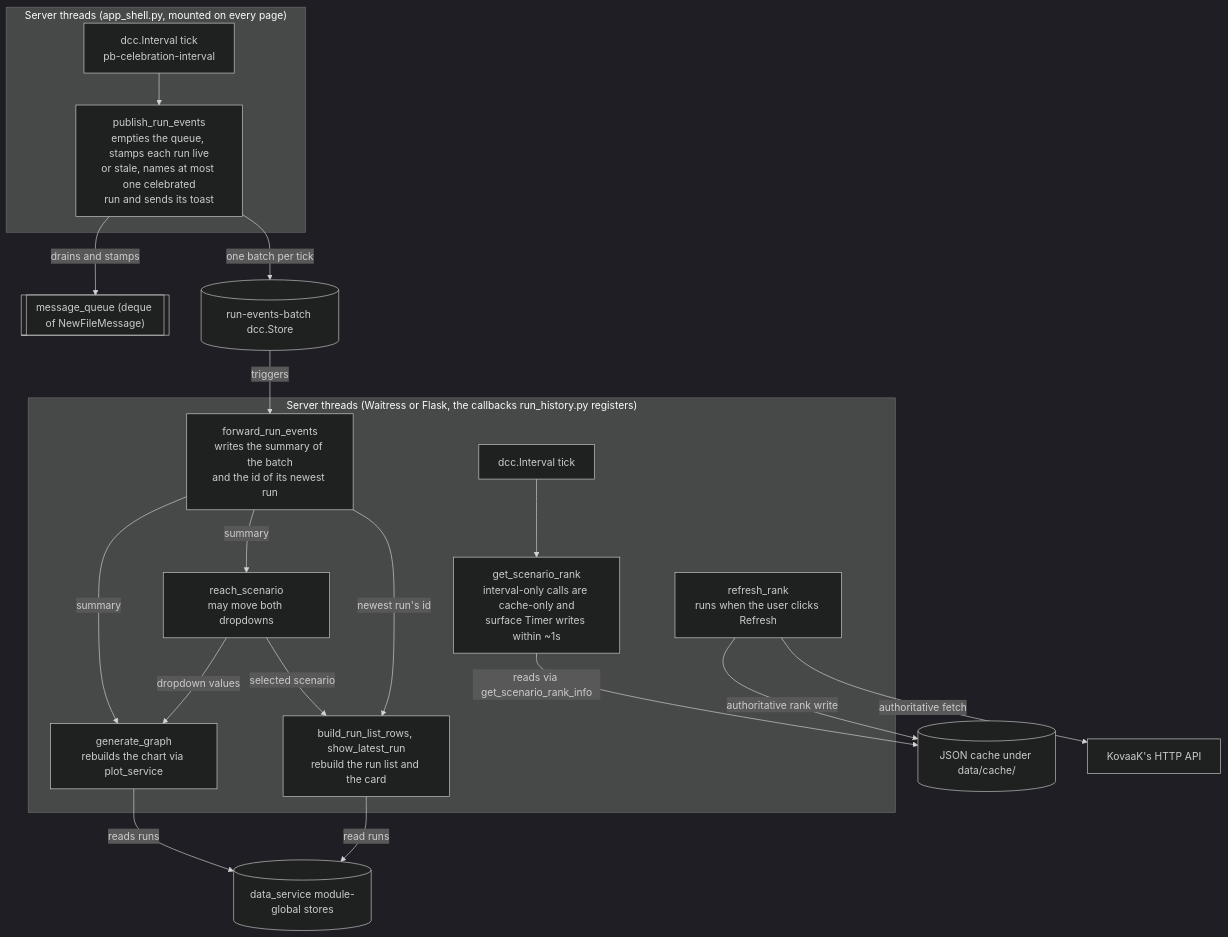
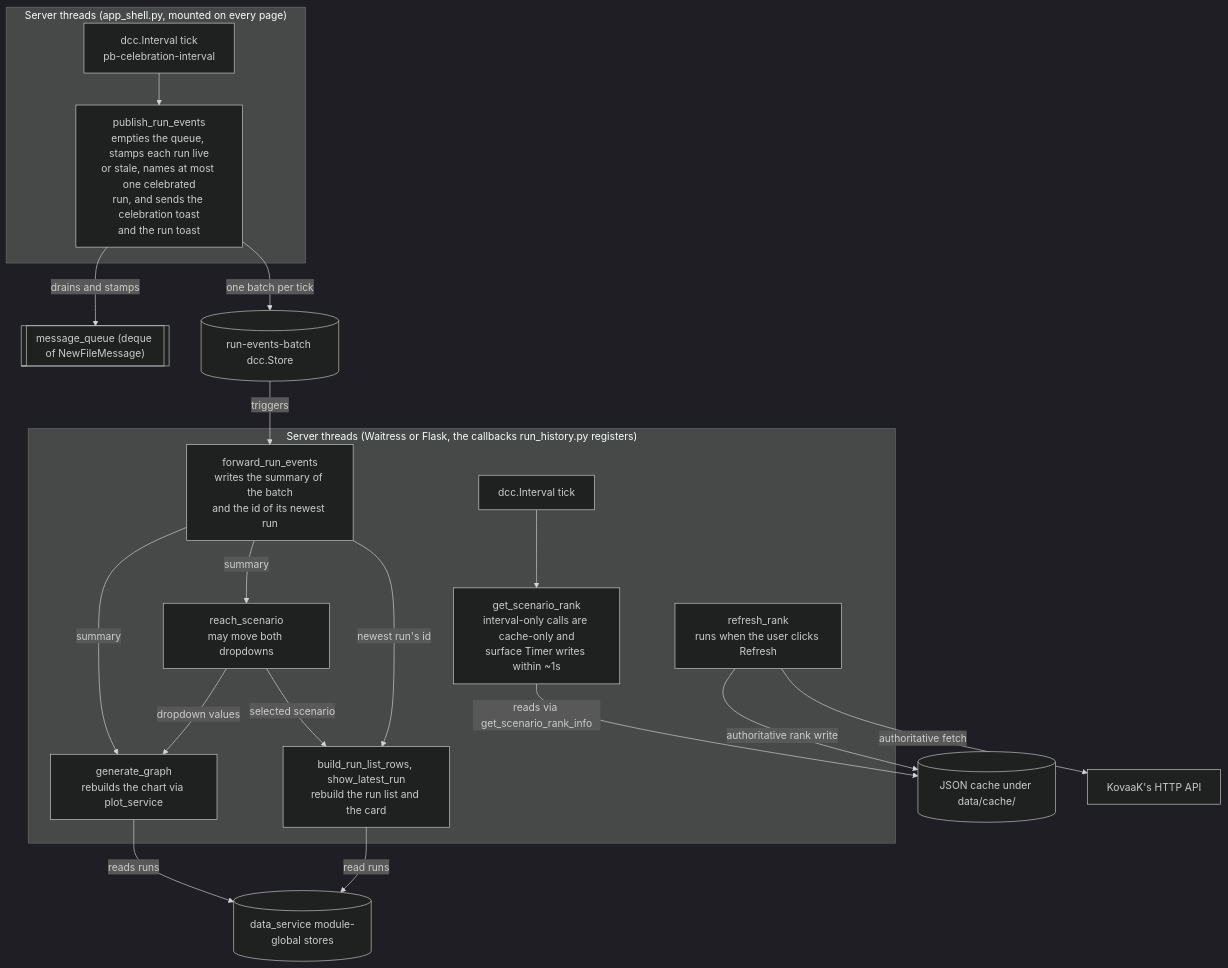
One commit to MingoDynasty/Corporate-Serf-Dashboard changed the second of 3 diagrams in docs/architecture.md. Above: the diagram before and after it, drawn with Mermaid (dark theme). The commit also changed other lines of this file and 27 other files, not shown here.

````diff
--- a/docs/architecture.md
+++ b/docs/architecture.md
@@ -74,39 +74,39 @@
 ```mermaid
 flowchart TD
     subgraph Shell["Server threads (app_shell.py, mounted on every page)"]
         ShellTick["dcc.Interval tick<br/>pb-celebration-interval"]
-        Drain["publish_run_events<br/>empties the queue, stamps each run live<br/>or stale, names at most one celebrated<br/>run and sends its toast"]
+        Drain["publish_run_events<br/>empties the queue, stamps each run live<br/>or stale, names at most one celebrated<br/>run, and sends the celebration toast<br/>and the run toast"]
         ShellTick --> Drain
     end
 
     subgraph Server["Server threads (Waitress or Flask, the callbacks run_history.py registers)"]
         Tick["dcc.Interval tick"]
         Forward["forward_run_events<br/>writes the summary of the batch<br/>and the id of its newest run"]
         Reach["reach_scenario<br/>may move both dropdowns"]
         Graph["generate_graph<br/>rebuilds the chart via plot_service"]
         Views["build_run_list_rows, show_latest_run<br/>rebuild the run list and the card"]
         Rank["get_scenario_rank<br/>interval-only calls are cache-only and<br/>surface Timer writes within ~1s"]
         Refresh["refresh_rank<br/>runs when the user clicks Refresh"]
         Forward -->|"summary"| Reach
         Forward -->|"summary"| Graph
         Reach -->|"dropdown values"| Graph
         Reach -->|"selected scenario"| Views
         Forward -->|"newest run's id"| Views
         Tick --> Rank
     end
 
     Queue[["message_queue (deque of NewFileMessage)"]]
     Batch[("run-events-batch dcc.Store")]
     Stores[("data_service module-global stores")]
     Cache[("JSON cache under data/cache/")]
     API["KovaaK's HTTP API"]
 
     Drain -->|"drains and stamps"| Queue
     Drain -->|"one batch per tick"| Batch
     Batch -->|"triggers"| Forward
     Graph -->|"reads runs"| Stores
     Views -->|"read runs"| Stores
     Rank -->|"reads via get_scenario_rank_info"| Cache
     Refresh -->|"authoritative fetch"| API
     Refresh -->|"authoritative rank write"| Cache
 ```
````
